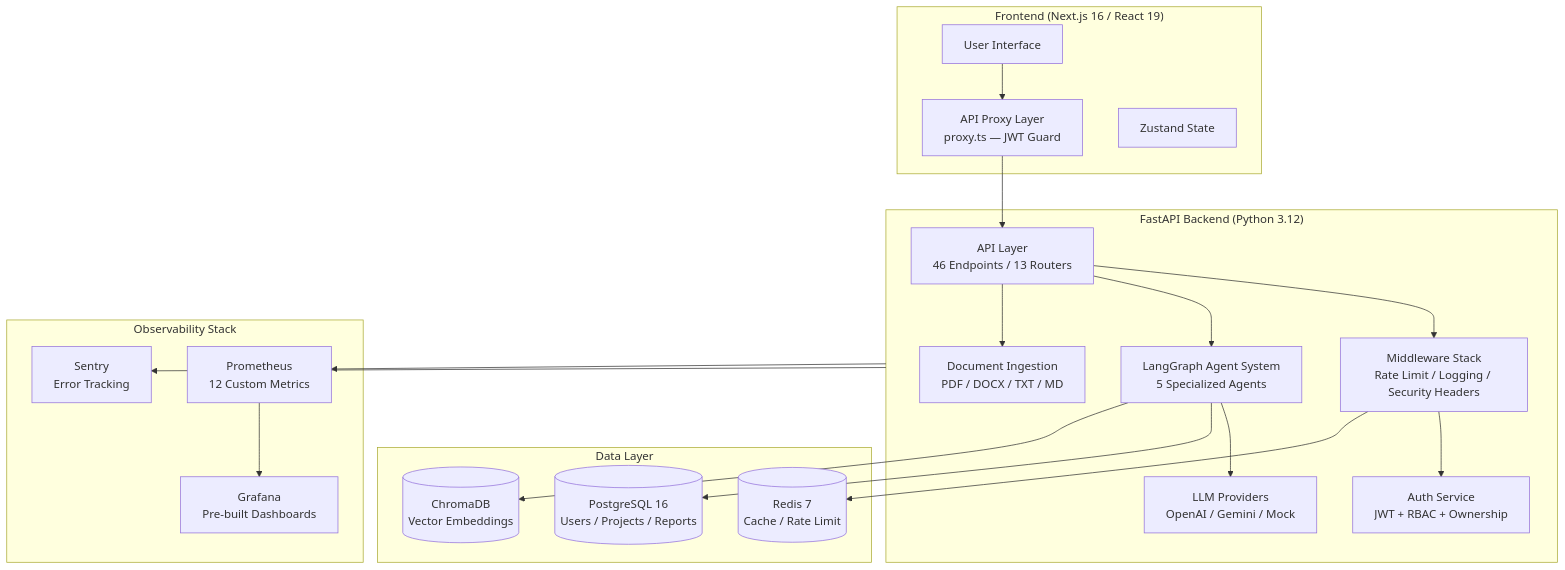
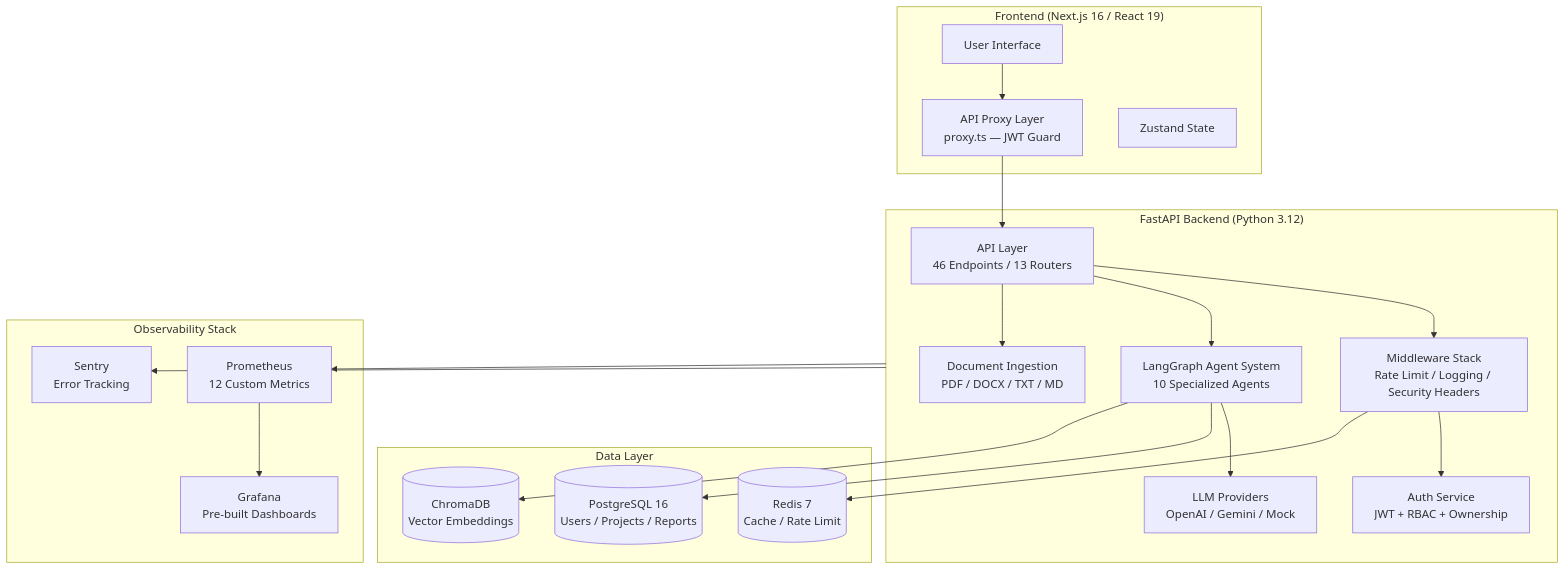
One commit to Poulabi8137/AARA changed the first of 2 diagrams in README.md. Above: the diagram before and after it, drawn with Mermaid. The commit also changed other lines of this file and 173 other files, not shown here.

````diff
--- a/README.md
+++ b/README.md
@@ -64,43 +65,43 @@
 ```mermaid
 graph TB
     subgraph Frontend["Frontend (Next.js 16 / React 19)"]
         UI[User Interface]
         Proxy[API Proxy Layer<br/>proxy.ts — JWT Guard]
         Store[Zustand State]
     end
 
     subgraph Backend["FastAPI Backend (Python 3.12)"]
         API[API Layer<br/>46 Endpoints / 13 Routers]
         Auth[Auth Service<br/>JWT + RBAC + Ownership]
         MW[Middleware Stack<br/>Rate Limit / Logging / Security Headers]
-        Agents[LangGraph Agent System<br/>5 Specialized Agents]
+        Agents[LangGraph Agent System<br/>10 Specialized Agents]
         Ingestion[Document Ingestion<br/>PDF / DOCX / TXT / MD]
         LLM[LLM Providers<br/>OpenAI / Gemini / Mock]
     end
 
     subgraph Storage["Data Layer"]
         PG[(PostgreSQL 16<br/>Users / Projects / Reports)]
         CB[(ChromaDB<br/>Vector Embeddings)]
         RD[(Redis 7<br/>Cache / Rate Limit)]
     end
 
     subgraph Monitoring["Observability Stack"]
         PM[Prometheus<br/>12 Custom Metrics]
         GF[Grafana<br/>Pre-built Dashboards]
         SN[Sentry<br/>Error Tracking]
     end
 
     UI --> Proxy
     Proxy --> API
     API --> MW
     MW --> Auth
     API --> Agents
     API --> Ingestion
     Agents --> LLM
     Agents --> PG
     Agents --> CB
     MW --> RD
     Backend --> PM
     PM --> GF
     Backend --> SN
 ```
````
